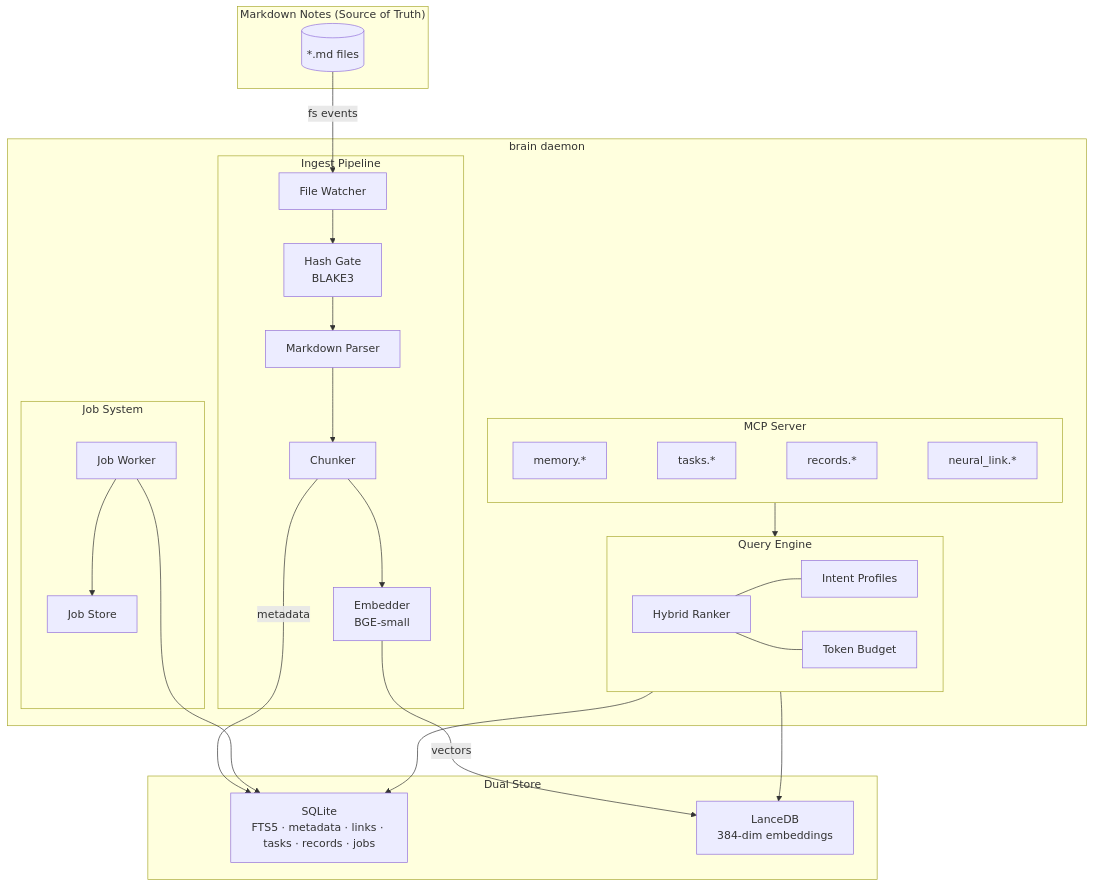
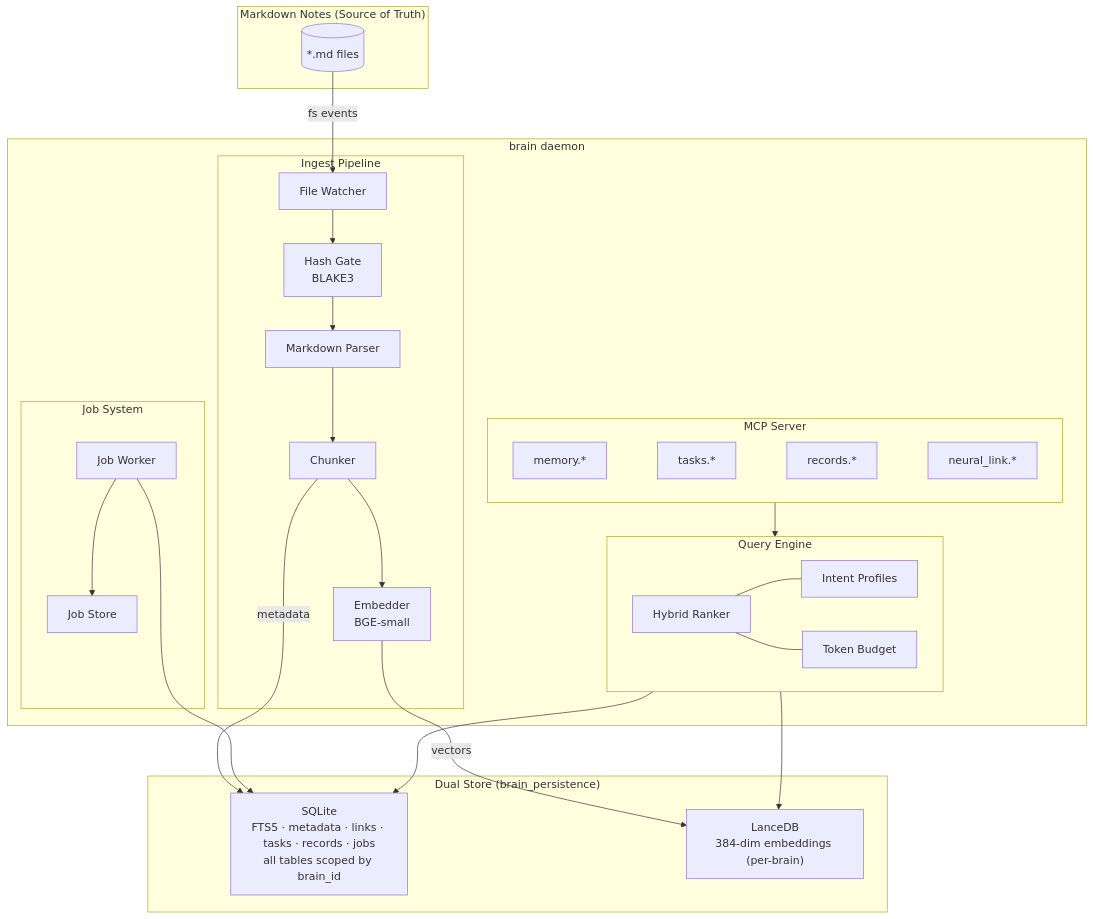
One commit to benediktms/brain changed the first of 2 diagrams in README.md. Above: the diagram before and after it, drawn with Mermaid. The commit also changed other lines of this file and 1 other file, not shown here.

Commit message:
docs: update scoping model and workspace layout for brain_id on files/chunks
- ARCHITECTURE.md: Replace outdated "workspace-global notes" section with
  accurate scoping model — all domains now carry brain_id, FTS defaults
  to current brain, federated search supports multi-brain/all modes
- ARCHITECTURE.md: Document clippy boundary enforcement in Repository
  Boundary section
- ARCHITECTURE.md: Update Storage Role Separation table
- README.md: Add brain_persistence crate to workspace layout
- README.md: Update architecture diagram storage labels

Closes brn-216.1 Phase 8 and brn-c0a.

````diff
--- a/README.md
+++ b/README.md
@@ -166,41 +166,41 @@
 ```mermaid
 graph TB
     subgraph Notes["Markdown Notes (Source of Truth)"]
         MD[("*.md files")]
     end
 
     subgraph Daemon["brain daemon"]
         subgraph Ingest["Ingest Pipeline"]
             FW[File Watcher] --> HG[Hash Gate<br/>BLAKE3]
             HG --> MP[Markdown Parser] --> CH[Chunker] --> EM[Embedder<br/>BGE-small]
         end
 
         subgraph Query["Query Engine"]
             HR[Hybrid Ranker] --- IP[Intent Profiles]
             HR --- TB[Token Budget]
         end
 
         subgraph Server["MCP Server"]
             SM["memory.*"] ~~~ TA["tasks.*"]
             TA ~~~ RC["records.*"]
             RC ~~~ NL["neural_link.*"]
         end
 
         subgraph Jobs["Job System"]
             JW[Job Worker] --> JS[Job Store]
         end
     end
 
-    subgraph Storage["Dual Store"]
-        SQLite["SQLite<br/>FTS5 · metadata · links · tasks · records · jobs"]
-        LanceDB["LanceDB<br/>384-dim embeddings"]
+    subgraph Storage["Dual Store (brain_persistence)"]
+        SQLite["SQLite<br/>FTS5 · metadata · links · tasks · records · jobs<br/>all tables scoped by brain_id"]
+        LanceDB["LanceDB<br/>384-dim embeddings (per-brain)"]
     end
 
     MD -->|fs events| FW
     CH -->|metadata| SQLite
     EM -->|vectors| LanceDB
     Server --> Query
     Query --> SQLite
     Query --> LanceDB
     JW --> SQLite
 ```
````
